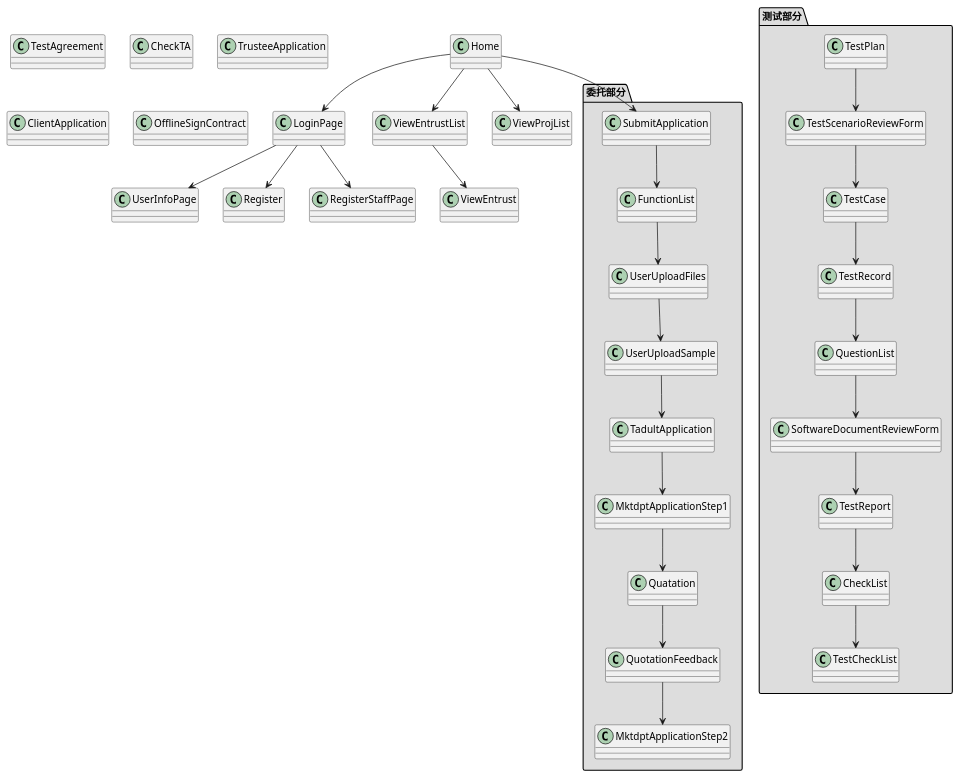
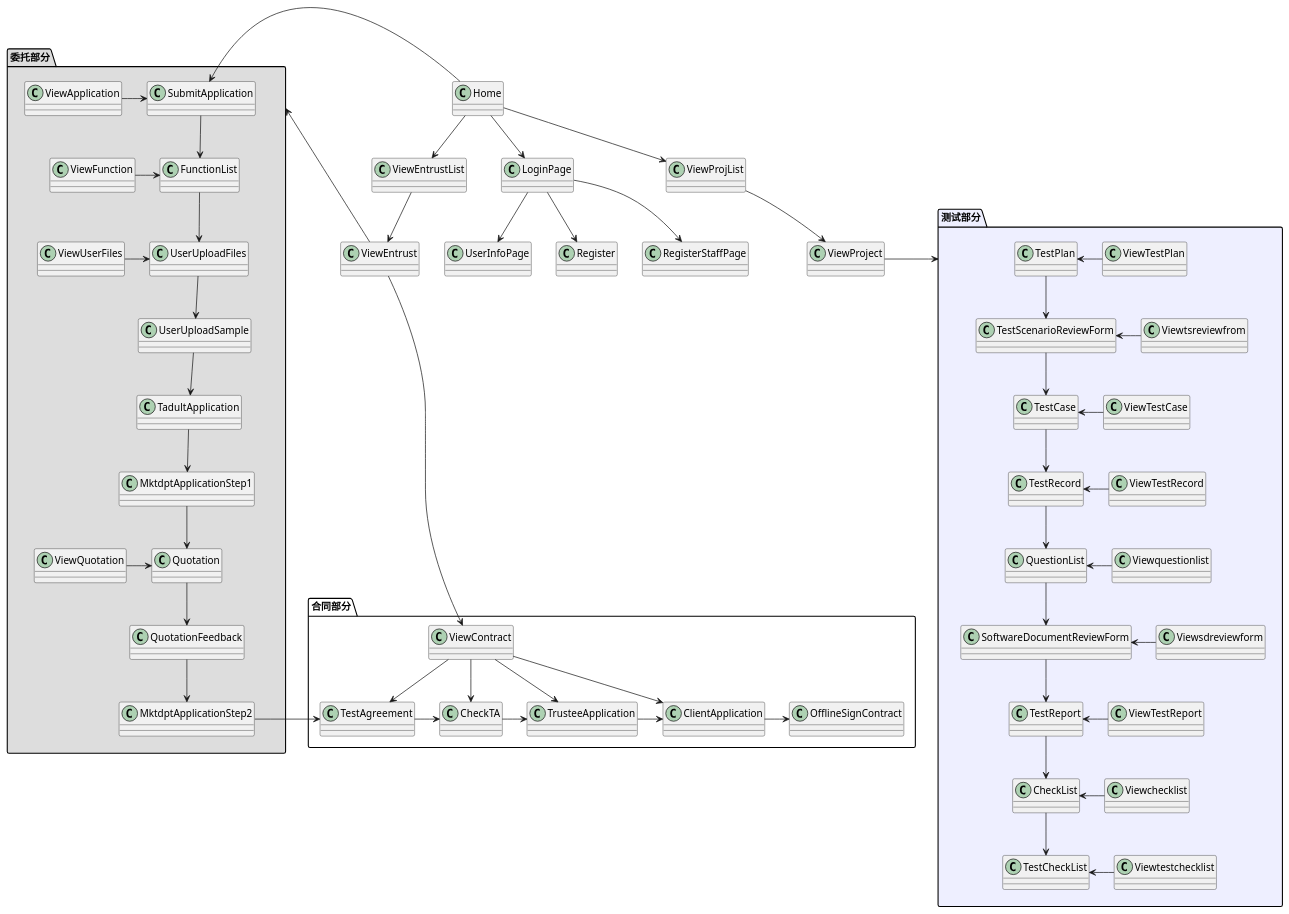
Before and after one commit to NJUCSczy/SE_proj_2021: the diagram in 提交文档/ClassRelation.pu, drawn with PlantUML. The commit also changed 4 other files, not shown here.

Commit message:
类图初步完成

```diff
--- a/提交文档/ClassRelation.pu
+++ b/提交文档/ClassRelation.pu
@@ -1,111 +1,137 @@
 @startuml
 '基础界面
 '----------------------
 class Home 
 '主界面
 class LoginPage
 '登录界面
 class UserInfoPage
 '用户信息界面 
 class Register
 '注册界面
 class RegisterStaffPage
 '注册工作人员界面
 class ViewEntrustList
 '查看委托列表
 class ViewProjList
 '查看项目列表
 class ViewEntrust
 '查看委托
 
 Home-->LoginPage
 LoginPage-->UserInfoPage
 LoginPage-->Register
 LoginPage-->RegisterStaffPage
 Home-->ViewEntrustList
 Home-->ViewProjList
 ViewEntrustList-->ViewEntrust
+ViewProjList-->ViewProject
 
 '----------------------
 '委托部分
 '----------------------
 Package "委托部分" #DDDDDD{
 class SubmitApplication
 '申请表
 class FunctionList
 '委托测试软件功能列表
 class UserUploadFiles
 '用户上传软件文档
 class UserUploadSample
 '用户上传样品
 class TadultApplication
 '测试部审核用户申请表
 class MktdptApplicationStep1
 '市场部审核用户申请表
-class Quatation
+class Quotation
 '市场部填写报价单
 class QuotationFeedback
 '用户查看报价单并进行回复
 class MktdptApplicationStep2
 '市场部填写项目编号
-Home-->SubmitApplication
+Home-left->SubmitApplication
+ViewApplication-right->SubmitApplication
 SubmitApplication-->FunctionList
+ViewFunction-right->FunctionList
 FunctionList-->UserUploadFiles
+ViewUserFiles-right->UserUploadFiles
 UserUploadFiles-->UserUploadSample
 UserUploadSample-->TadultApplication
 TadultApplication-->MktdptApplicationStep1
-MktdptApplicationStep1-->Quatation
-Quatation-->QuotationFeedback
+MktdptApplicationStep1-->Quotation
+ViewQuotation-right->Quotation
+Quotation-->QuotationFeedback
 QuotationFeedback-->MktdptApplicationStep2
-
-
 }
 '----------------------
 '合同部分
 '----------------------
-
+Package "合同部分"{
+class ViewContract
+'查看合同
 class TestAgreement
 '履行期限(受托方)
 class CheckTA
 '确认履行期限
 class TrusteeApplication
 '签章(受托方)
 class ClientApplication
 '签章(委托方)
 class OfflineSignContract
 '线下签署保密协议
-
+MktdptApplicationStep2-right->TestAgreement
+TestAgreement-right->CheckTA
+CheckTA-right->TrusteeApplication
+TrusteeApplication-right->ClientApplication
+ClientApplication-right->OfflineSignContract
+ViewContract-->TestAgreement
+ViewContract-->CheckTA
+ViewContract-->TrusteeApplication
+ViewContract-->ClientApplication
+}
 '----------------------
 '测试部分
 '----------------------
-Package "测试部分" #DDDDDD{
+ViewEntrust-->"委托部分"
+ViewEntrust-->ViewContract
+ViewProject-right->"测试部分"
+Package "测试部分" #EEEFFF{
 
 class TestPlan
 '软件测试方案
 class TestScenarioReviewForm
 '软件测试方案评审表
 class TestCase
 '测试用例
 class TestRecord
 '测试记录
 class QuestionList
 '软件测试问题清单
 class SoftwareDocumentReviewForm
 '软件文档评审表
 class TestReport
 '测试报告
 class CheckList
 '测试报告检查表
 class TestCheckList
 '软件项目委托测试工作检查表
 TestPlan-->TestScenarioReviewForm
+ViewTestPlan-left->TestPlan
 TestScenarioReviewForm-->TestCase
+Viewtsreviewfrom-left->TestScenarioReviewForm
 TestCase-->TestRecord
+ViewTestCase-left->TestCase
 TestRecord-->QuestionList
+ViewTestRecord-left->TestRecord
 QuestionList-->SoftwareDocumentReviewForm
+Viewquestionlist-left->QuestionList
 SoftwareDocumentReviewForm-->TestReport
+Viewsdreviewform-left->SoftwareDocumentReviewForm
 TestReport-->CheckList
+ViewTestReport-left->TestReport
 CheckList-->TestCheckList
+Viewchecklist-left->CheckList
+Viewtestchecklist-left->TestCheckList
 }
 
 @enduml
```
